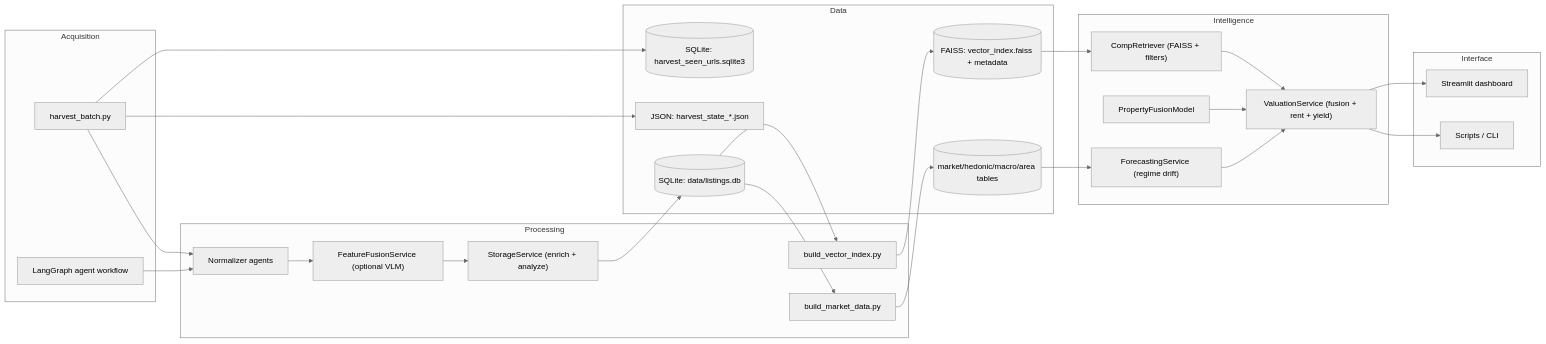
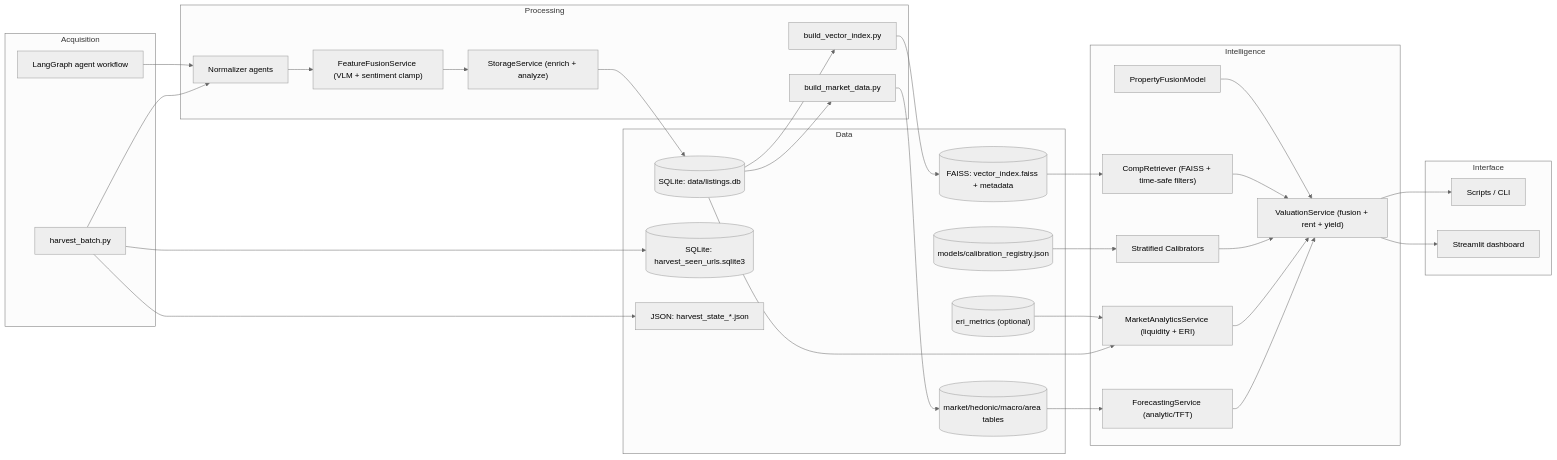
The diagram in docs/01_system_overview.md (Nirtzur0/PropertyScanner), drawn with Mermaid (neutral theme) before and after one commit. The commit also changed other lines of this file and 12 other files, not shown here.

Commit message:
Update documentation and services: enhanced README, system docs, added ERI signals service, improved valuation and VLM services

````diff
--- a/docs/01_system_overview.md
+++ b/docs/01_system_overview.md
@@ -7,47 +7,54 @@
 ```mermaid
 flowchart LR
     subgraph Acquisition
         HB["harvest_batch.py"]
         AG["LangGraph agent workflow"]
     end
 
     subgraph Processing
         Norm["Normalizer agents"]
-        Fusion["FeatureFusionService (optional VLM)"]
+        Fusion["FeatureFusionService (VLM + sentiment clamp)"]
         Store["StorageService (enrich + analyze)"]
         BuildIndex["build_vector_index.py"]
         BuildMarket["build_market_data.py"]
     end
 
     subgraph Data
         Listings[("SQLite: data/listings.db")]
         Seen[("SQLite: harvest_seen_urls.sqlite3")]
         State["JSON: harvest_state_*.json"]
         VectorIndex[("FAISS: vector_index.faiss + metadata")]
         Indices[("market/hedonic/macro/area tables")]
+        ERI[("eri_metrics (optional)")]
+        Calib[("models/calibration_registry.json")]
     end
 
     subgraph Intelligence
-        Retriever["CompRetriever (FAISS + filters)"]
+        Retriever["CompRetriever (FAISS + time-safe filters)"]
+        Market["MarketAnalyticsService (liquidity + ERI)"]
         Model["PropertyFusionModel"]
-        Forecast["ForecastingService (regime drift)"]
+        Forecast["ForecastingService (analytic/TFT)"]
+        Calibrator["Stratified Calibrators"]
         Val["ValuationService (fusion + rent + yield)"]
     end
 
     subgraph Interface
         CLI["Scripts / CLI"]
         Dash["Streamlit dashboard"]
     end
 
     HB --> Seen
     HB --> State
     HB --> Norm
     AG --> Norm
     Norm --> Fusion --> Store --> Listings
     Listings --> BuildIndex --> VectorIndex --> Retriever
     Listings --> BuildMarket --> Indices --> Forecast --> Val
+    Listings --> Market
+    ERI --> Market --> Val
+    Calib --> Calibrator --> Val
     Retriever --> Val
     Model --> Val
     Val --> Dash
     Val --> CLI
 ```
````
